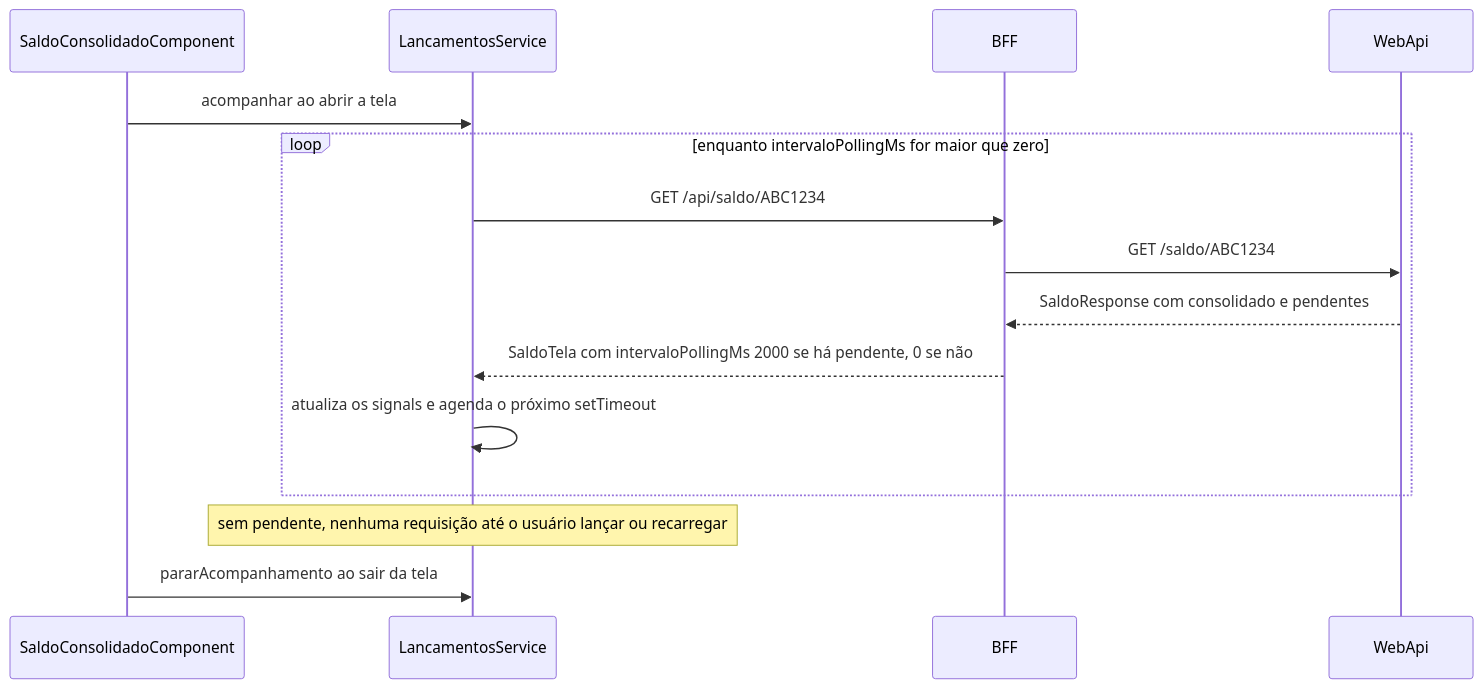
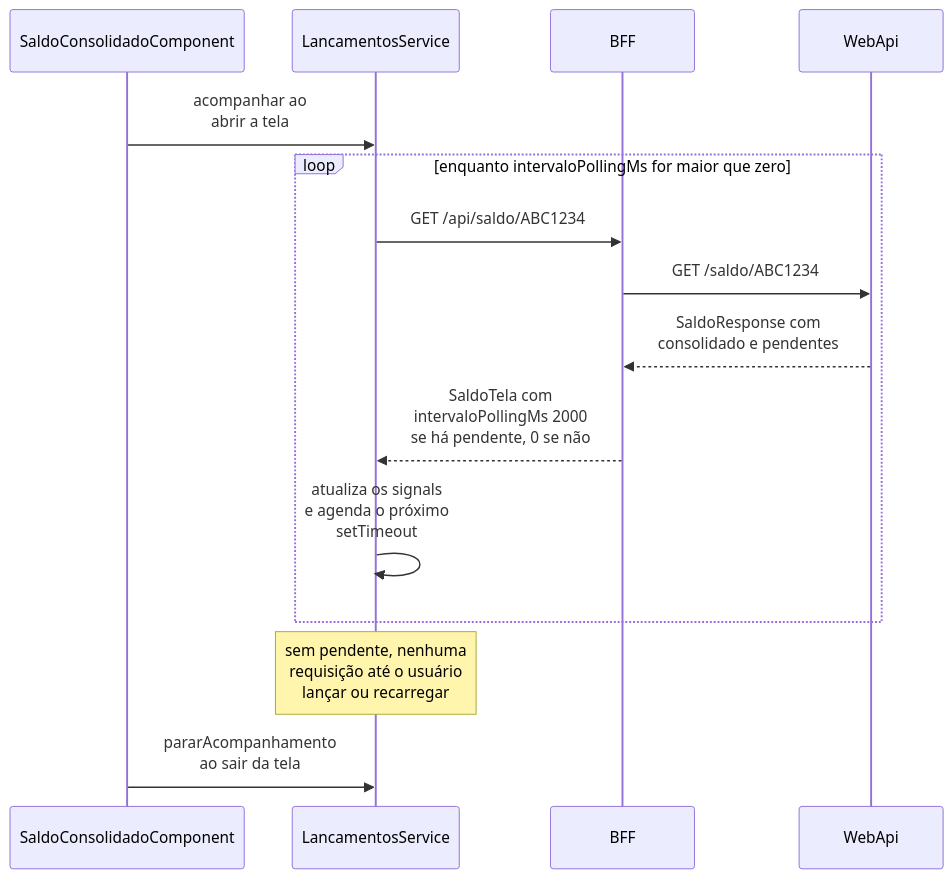
Before and after one commit to michellerodrigues/lancamentos-diarios-poc: diagram 22 of 23 in docs/arquitetura/software/02-c4-componentes-e-codigo.md, drawn with Mermaid. The commit also changed other lines of this file and 45 other files, not shown here.

````diff
--- a/docs/arquitetura/software/02-c4-componentes-e-codigo.md
+++ b/docs/arquitetura/software/02-c4-componentes-e-codigo.md
@@ -876,17 +1008,17 @@
 ```mermaid
 sequenceDiagram
     participant T as SaldoConsolidadoComponent
     participant L as LancamentosService
     participant B as BFF
     participant W as WebApi
-    T->>L: acompanhar ao abrir a tela
+    T->>L: acompanhar ao<br/>abrir a tela
     loop enquanto intervaloPollingMs for maior que zero
         L->>B: GET /api/saldo/ABC1234
         B->>W: GET /saldo/ABC1234
-        W-->>B: SaldoResponse com consolidado e pendentes
-        B-->>L: SaldoTela com intervaloPollingMs 2000 se há pendente, 0 se não
-        L->>L: atualiza os signals e agenda o próximo setTimeout
+        W-->>B: SaldoResponse com<br/>consolidado e pendentes
+        B-->>L: SaldoTela com<br/>intervaloPollingMs 2000<br/>se há pendente, 0 se não
+        L->>L: atualiza os signals<br/>e agenda o próximo<br/>setTimeout
     end
-    Note over L: sem pendente, nenhuma requisição até o usuário lançar ou recarregar
-    T->>L: pararAcompanhamento ao sair da tela
+    Note over L: sem pendente, nenhuma<br/>requisição até o usuário<br/>lançar ou recarregar
+    T->>L: pararAcompanhamento<br/>ao sair da tela
 ```
````
